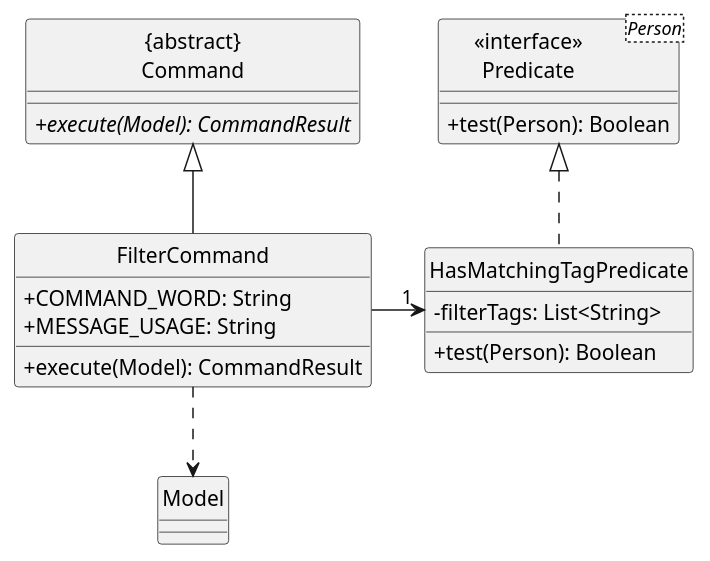
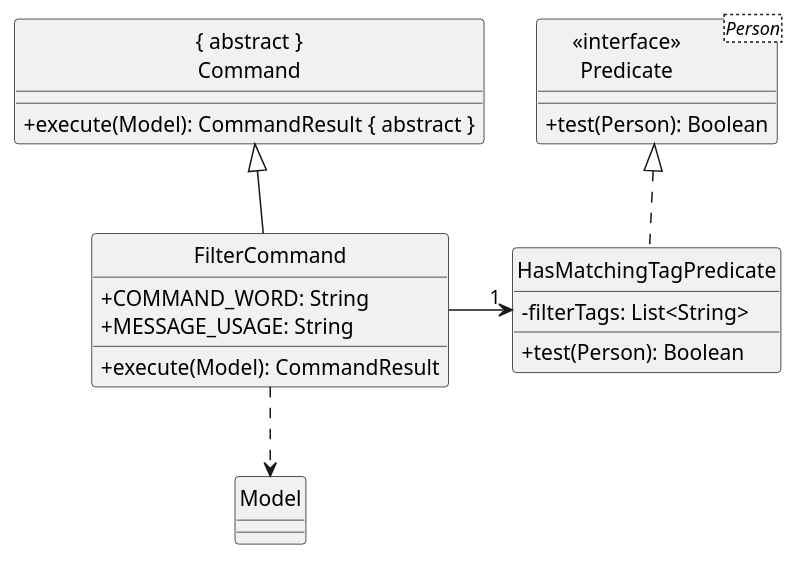
The diagram in docs/diagrams/FilterCommandClass.puml (KSSWSept20/tp), drawn with PlantUML before and after one commit.

```diff
--- a/docs/diagrams/FilterCommandClass.puml
+++ b/docs/diagrams/FilterCommandClass.puml
@@ -1,27 +1,27 @@
 @startuml
 hide circle
 skinparam classAttributeIconSize 0
 
-Class "{abstract}\nCommand" as Command {
-  {abstract}+execute(Model): CommandResult
+Class "{ abstract }\nCommand" as Command {
+  +execute(Model): CommandResult { abstract }
 }
 Class FilterCommand {
   +COMMAND_WORD: String
   +MESSAGE_USAGE: String
   +execute(Model): CommandResult
 }
 Class HasMatchingTagPredicate {
   -filterTags: List<String>
   +test(Person): Boolean
 }
 Class "<<interface>>\nPredicate<Person>" as Predicate {
   +test(Person): Boolean
 }
 Class Model
 
 FilterCommand -up-|> Command
 FilterCommand -> "1" HasMatchingTagPredicate
 FilterCommand .down.> Model
 HasMatchingTagPredicate .up.|> Predicate
 
 @enduml
```
